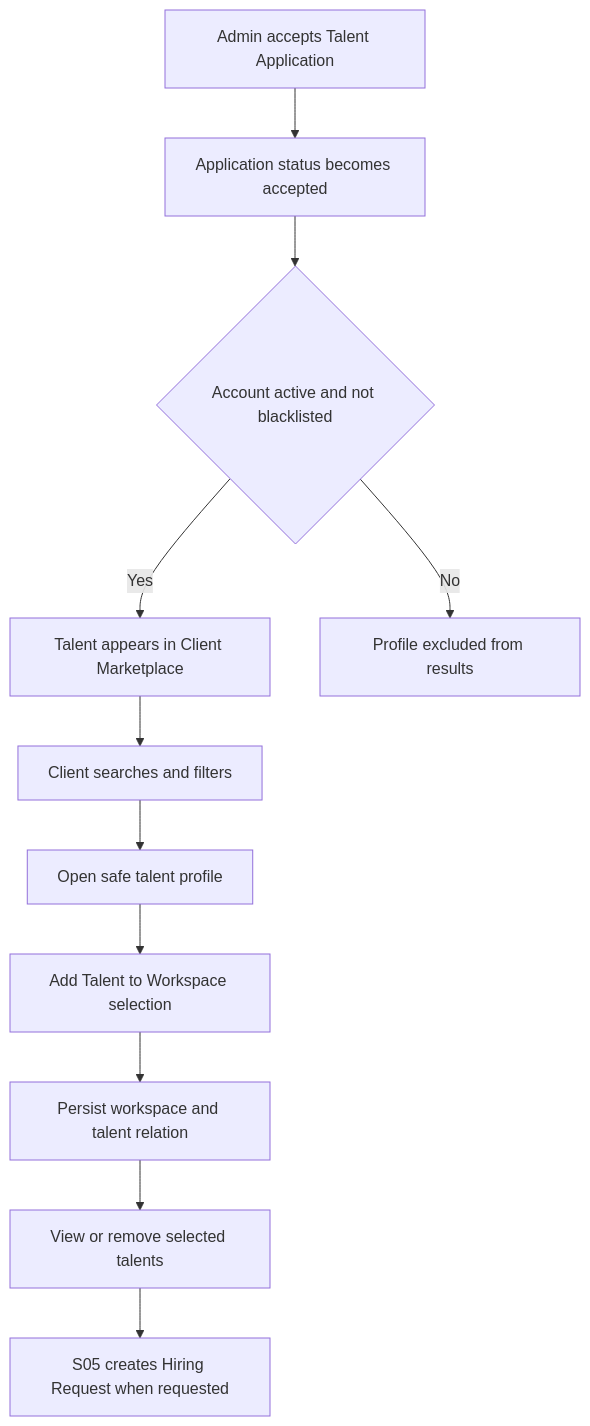
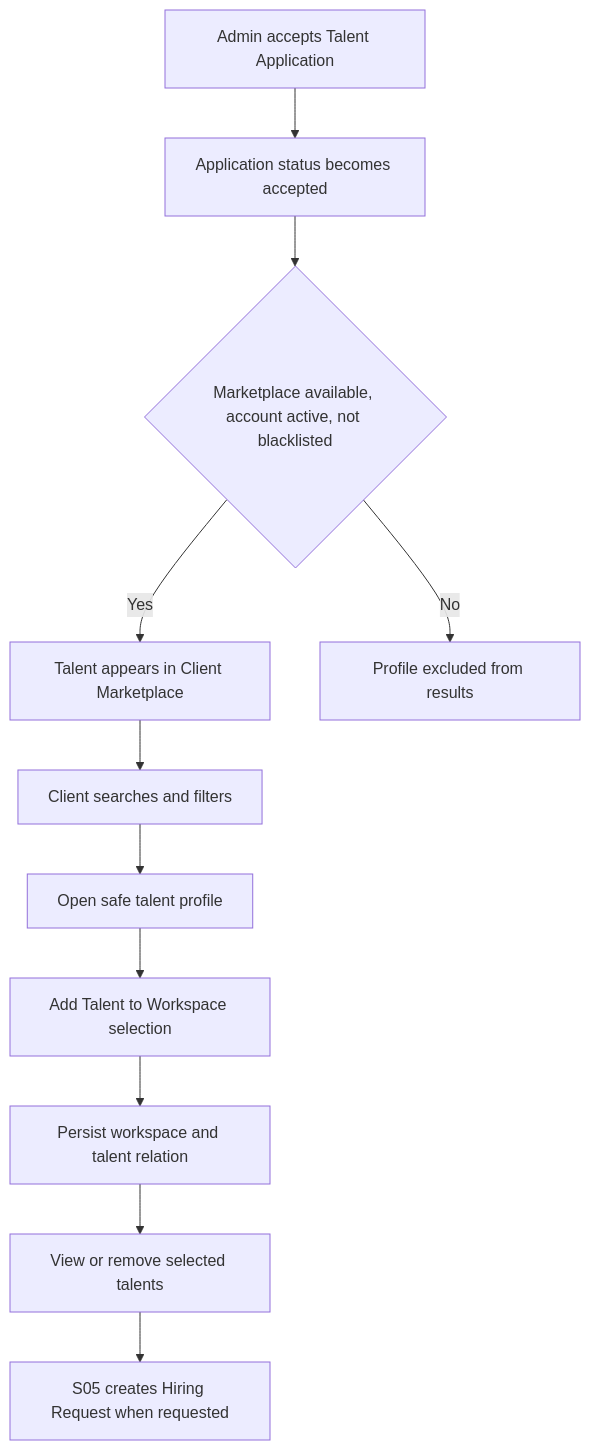
Before and after one commit to Qader-Company/qader-backend: the diagram in docs/sprints/S04-talent-discovery-plan.ar.md, drawn with Mermaid. The commit also changed other lines of this file and 50 other files, not shown here.

````diff
--- a/docs/sprints/S04-talent-discovery-plan.ar.md
+++ b/docs/sprints/S04-talent-discovery-plan.ar.md
@@ -155,13 +156,13 @@
 ```mermaid
 flowchart TD
     A[Admin accepts Talent Application] --> B[Application status becomes accepted]
-    B --> C{Account active and not blacklisted}
+    B --> C{Marketplace available, account active, not blacklisted}
     C -->|Yes| D[Talent appears in Client Marketplace]
     C -->|No| E[Profile excluded from results]
     D --> F[Client searches and filters]
     F --> G[Open safe talent profile]
     G --> H[Add Talent to Workspace selection]
     H --> I[Persist workspace and talent relation]
     I --> J[View or remove selected talents]
     J --> K[S05 creates Hiring Request when requested]
 ```
````
